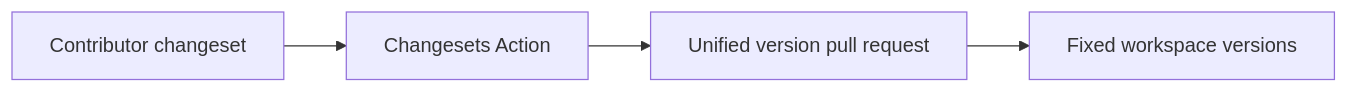
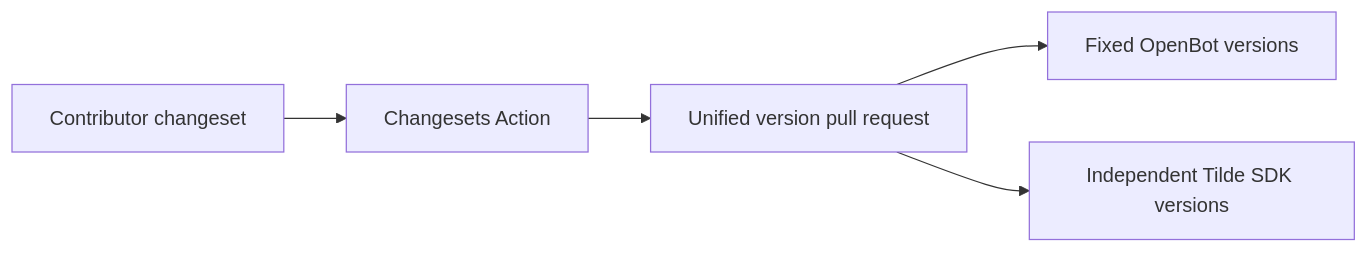
Before and after one commit to trytilde/dispatch: the diagram in docs/adrs/0002-unified-changesets-versioning.md, drawn with Mermaid. The commit also changed other lines of this file and 156 other files, not shown here.

First line of the commit message:
feat(sdk): fold Tilde SDK into OpenBot

````diff
--- a/docs/adrs/0002-unified-changesets-versioning.md
+++ b/docs/adrs/0002-unified-changesets-versioning.md
@@ -17,6 +25,7 @@
 ```mermaid
 flowchart LR
   C["Contributor changeset"] --> A["Changesets Action"]
   A --> V["Unified version pull request"]
-  V --> G["Fixed workspace versions"]
+  V --> G["Fixed OpenBot versions"]
+  V --> S["Independent Tilde SDK versions"]
 ```
````
